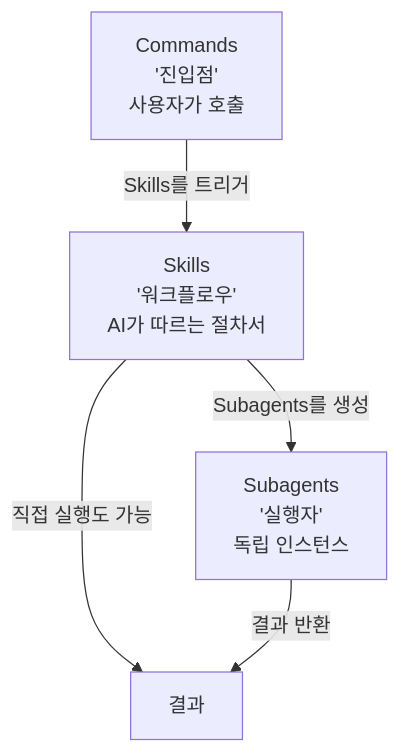
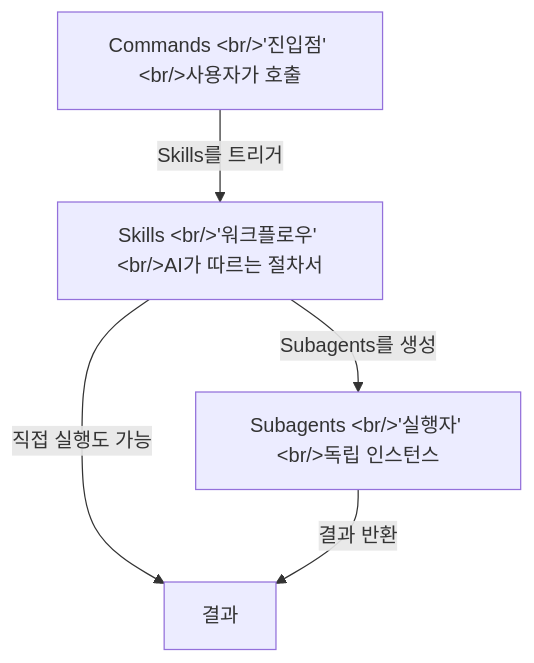
The fifth of 5 diagrams in content/posts/2026-03-04-claude-code-skills-subagents-commands.md (ice-ice-bear/ice-ice-bear.github.io), drawn with Mermaid before and after one commit. The commit also changed other lines of this file and 5 other files, not shown here.

First line of the commit message:
fix: use HTML entities for <br/> in mermaid labels to prevent Hugo safeHTML rendering

````diff
--- a/content/posts/2026-03-04-claude-code-skills-subagents-commands.md
+++ b/content/posts/2026-03-04-claude-code-skills-subagents-commands.md
@@ -153,11 +153,11 @@
 ```mermaid
 graph TD
-    Commands["Commands<br/>'진입점'<br/>사용자가 호출"]
-    Skills["Skills<br/>'워크플로우'<br/>AI가 따르는 절차서"]
-    Subagents["Subagents<br/>'실행자'<br/>독립 인스턴스"]
+    Commands["Commands &lt;br/&gt;'진입점' &lt;br/&gt;사용자가 호출"]
+    Skills["Skills &lt;br/&gt;'워크플로우' &lt;br/&gt;AI가 따르는 절차서"]
+    Subagents["Subagents &lt;br/&gt;'실행자' &lt;br/&gt;독립 인스턴스"]
 
     Commands -->|Skills를 트리거| Skills
     Skills -->|Subagents를 생성| Subagents
     Skills -->|직접 실행도 가능| Result[결과]
     Subagents -->|결과 반환| Result
 ```
````
